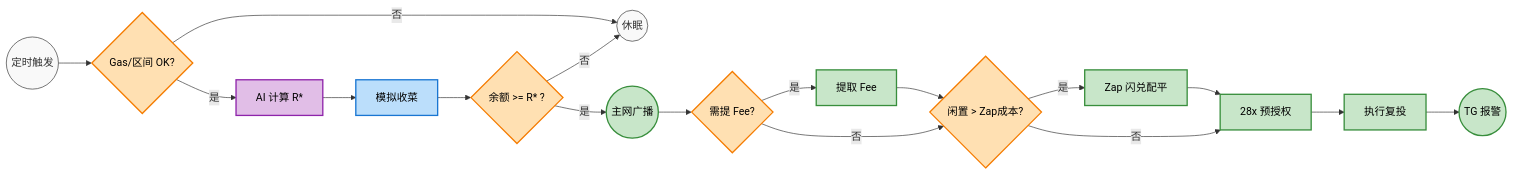
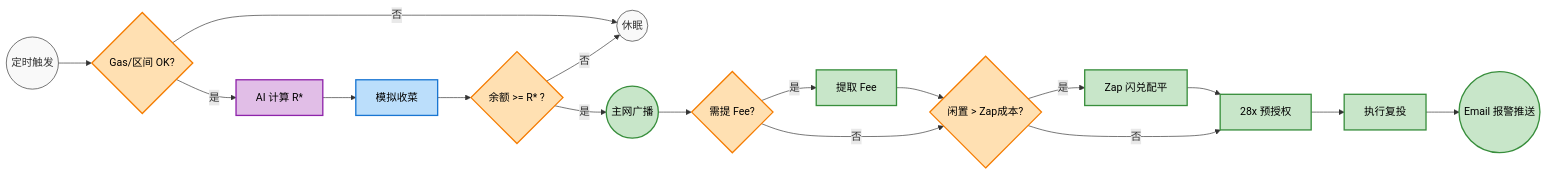
The first of 2 diagrams in README.md (smhe00/uniswap-v3pool-auto-compound), drawn with Mermaid before and after one commit. The commit also changed other lines of this file, not shown here.

````diff
--- a/README.md
+++ b/README.md
@@ -23,29 +22,30 @@
 ```mermaid
 graph LR
     %% Colors & Styles
     classDef default fill:#f9f9f9,stroke:#333,stroke-width:1px;
     classDef gate fill:#ffe0b2,stroke:#f57c00,stroke-width:2px,color:#000;
     classDef brain fill:#e1bee7,stroke:#8e24aa,stroke-width:2px,color:#000;
     classDef sim fill:#bbdefb,stroke:#1976d2,stroke-width:2px,color:#000;
     classDef chain fill:#c8e6c9,stroke:#388e3c,stroke-width:2px,color:#000;
 
     Start(("定时触发")) --> Check{"Gas/区间 OK?"}:::gate
     Check -- 否 --> Sleep(("休眠"))
     Check -- 是 --> Brain["AI 计算 R*"]:::brain
     
     Brain --> ModA["模拟收菜"]:::sim
     ModA --> ModB{"余额 >= R* ?"}:::gate
     
     ModB -- 否 --> Sleep
     ModB -- 是 --> Broad(("主网广播")):::chain
     
     Broad --> ExecA{"需提 Fee?"}:::gate
     ExecA -- 是 --> Col["提取 Fee"]:::chain --> ExecC
     ExecA -- 否 --> ExecC
     
     ExecC{"闲置 > Zap成本?"}:::gate
     ExecC -- 是 --> Swap["Zap 闪兑配平"]:::chain --> App
     ExecC -- 否 --> App["28x 预授权"]:::chain
     
-    App --> Inv["执行复投"]:::chain --> Done(("TG 报警")):::chain
+    App --> Inv["执行复投"]:::chain --> Done(("Email 报警推送")):::chain
+
 ```
````
